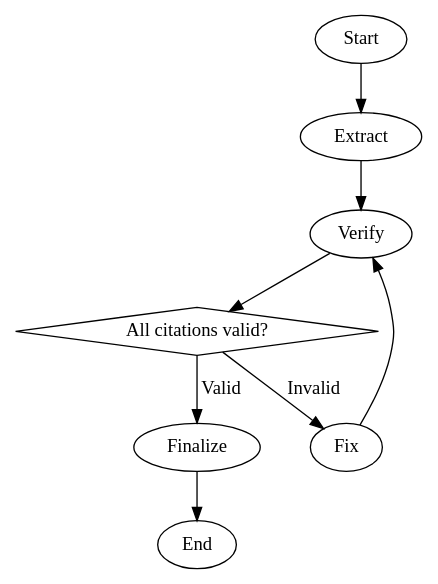
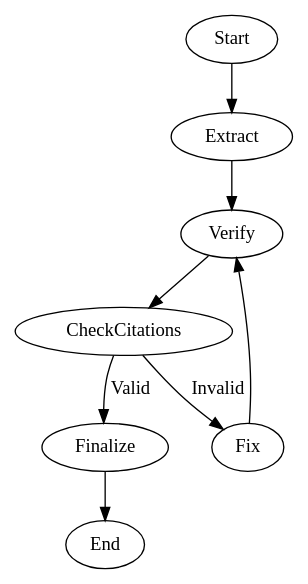
Before and after one commit to stencila/stencila: diagram 12 of 26 in site/docs/workflows/pipelines.md, drawn with Graphviz. The commit also changed other lines of this file and 20 other files, not shown here.

````diff
--- a/site/docs/workflows/pipelines.md
+++ b/site/docs/workflows/pipelines.md
@@ -457,22 +459,22 @@
 ```dot
 digraph CitationCheck {
   graph [goal="Verify citations in the manuscript"]
   Start -> Extract
 
   Extract [prompt="Extract all citations from the manuscript"]
   Extract -> Verify
 
   Verify [prompt="Verify each citation against its source"]
-  Verify -> Check
+  Verify -> CheckCitations
 
-  Check [shape=diamond, label="All citations valid?"]
-  Check -> Finalize [label="Valid",   condition="outcome=success"]
-  Check -> Fix      [label="Invalid", condition="outcome!=success"]
+  CheckCitations [branch="All citations valid?"]
+  CheckCitations -> Finalize [label="Valid",   condition="outcome=success"]
+  CheckCitations -> Fix      [label="Invalid", condition="outcome!=success"]
 
   Fix [prompt="Fix invalid citations and find correct references"]
   Fix -> Verify
 
   Finalize [prompt="Format the verified reference list"]
   Finalize -> End
 }
 ```
````
